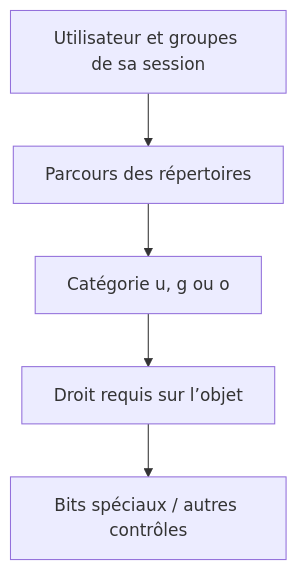
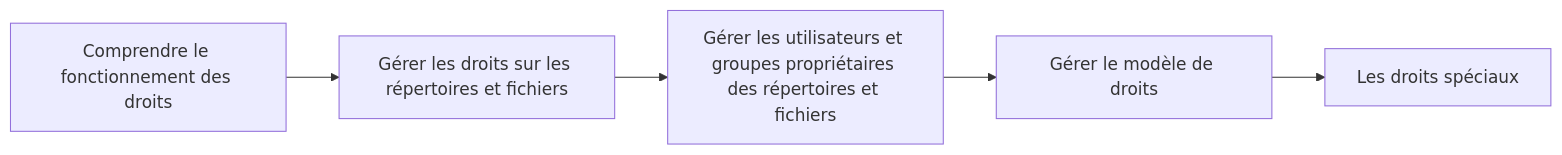
One commit to sk34pk25/tssr-cours changed the second of 5 diagrams in docs/modules/05-administration-debian-gnu-linux/module-11-droits-sur-les-fichiers-et-repertoires.md. Above: the diagram before and after it, drawn with Mermaid. The commit also changed other lines of this file and 11 other files, not shown here.

````diff
--- a/docs/modules/05-administration-debian-gnu-linux/module-11-droits-sur-les-fichiers-et-repertoires.md
+++ b/docs/modules/05-administration-debian-gnu-linux/module-11-droits-sur-les-fichiers-et-repertoires.md
@@ -108,7 +88,12 @@
 ```mermaid
-flowchart TD
- A["Utilisateur et groupes de sa session"] --> B["Parcours des répertoires"]
- B --> C["Catégorie u, g ou o"]
- C --> D["Droit requis sur l’objet"]
- D --> E["Bits spéciaux / autres contrôles"]
+flowchart LR
+    N1["Comprendre le fonctionnement des droits"]
+    N2["Gérer les droits sur les répertoires et fichiers"]
+    N3["Gérer les utilisateurs et groupes propriétaires des répertoires et fichiers"]
+    N4["Gérer le modèle de droits"]
+    N5["Les droits spéciaux"]
+    N1 --> N2
+    N2 --> N3
+    N3 --> N4
+    N4 --> N5
 ```
````
